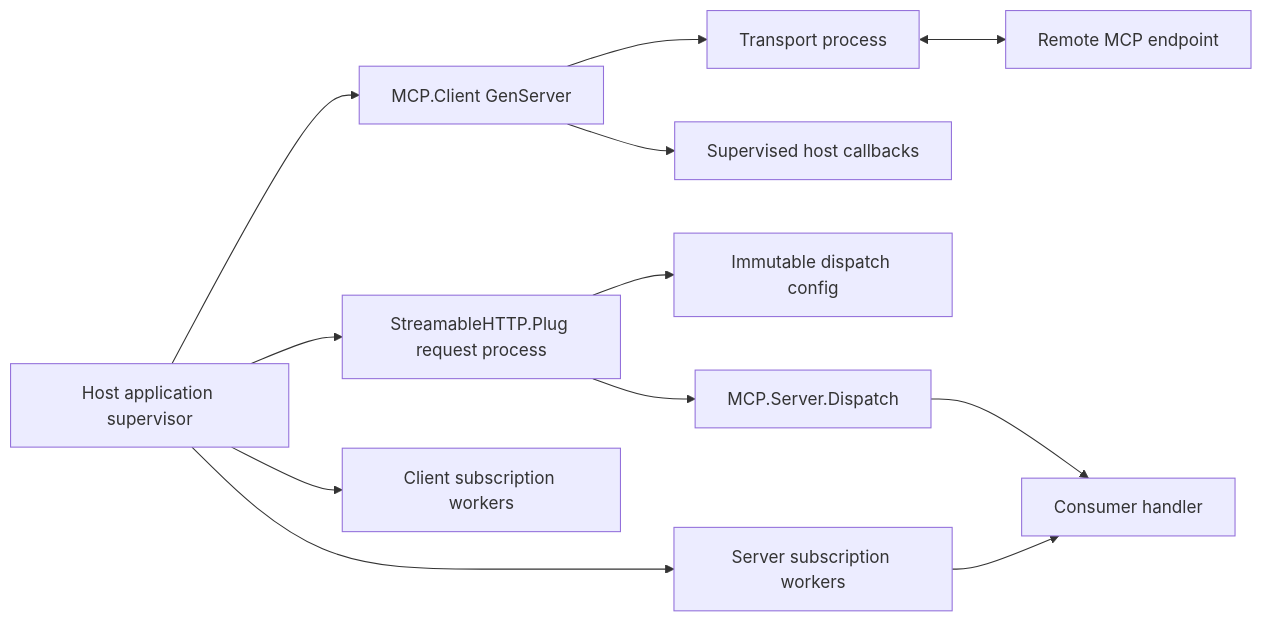
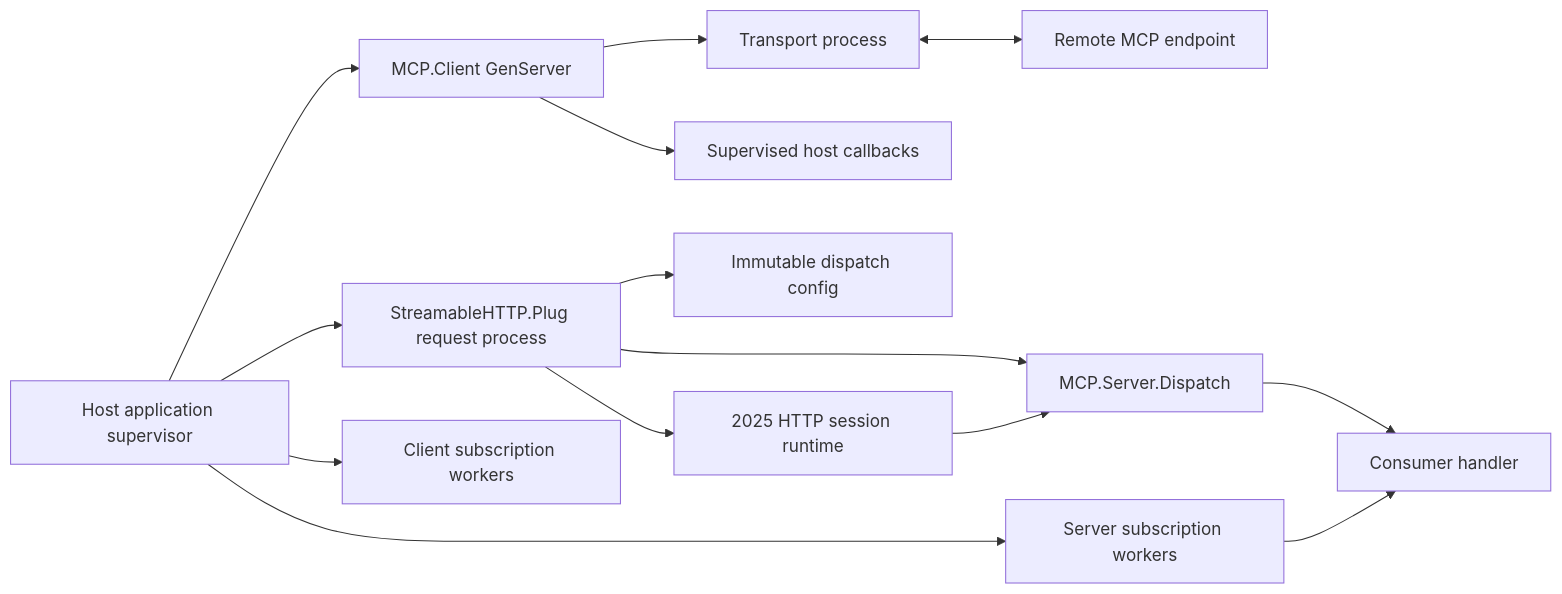
Before and after one commit to JohnSmall/mcp-elixir-sdk: the first of 3 diagrams in docs/sdk-2.0/runtime-models.md, drawn with Mermaid. The commit also changed other lines of this file and 38 other files, not shown here.

````diff
--- a/docs/sdk-2.0/runtime-models.md
+++ b/docs/sdk-2.0/runtime-models.md
@@ -13,26 +13,29 @@
 ```mermaid
 flowchart LR
     Host["Host application supervisor"]
     Client["MCP.Client GenServer"]
     Transport["Transport process"]
     Remote["Remote MCP endpoint"]
     Plug["StreamableHTTP.Plug request process"]
     Config["Immutable dispatch config"]
     Dispatch["MCP.Server.Dispatch"]
     Handler["Consumer handler"]
     ClientSubs["Client subscription workers"]
     ServerSubs["Server subscription workers"]
+    LegacySession["2025 HTTP session runtime"]
     CallbackTasks["Supervised host callbacks"]
 
     Host --> Client
     Client --> Transport
     Transport <--> Remote
     Host --> Plug
     Plug --> Config
     Plug --> Dispatch
     Dispatch --> Handler
     Host --> ClientSubs
     Host --> ServerSubs
     Client --> CallbackTasks
     ServerSubs --> Handler
+    Plug --> LegacySession
+    LegacySession --> Dispatch
 ```
````
